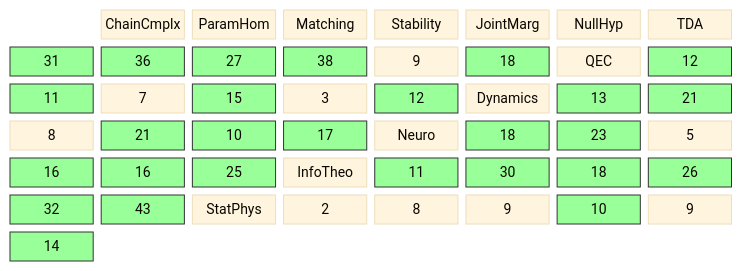
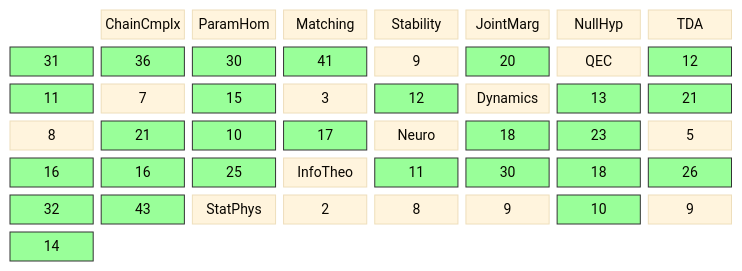
Before and after one commit to musicofhel/topoyolo: the diagram in diagrams/coverage-matrix.md, drawn with Mermaid. The commit also changed other lines of this file and 9 other files, not shown here.

````diff
--- a/diagrams/coverage-matrix.md
+++ b/diagrams/coverage-matrix.md
@@ -22,41 +22,41 @@
 ```mermaid
 %%{init: {'theme': 'base', 'themeVariables': {'fontSize': '14px'}}}%%
 block-beta
   columns 8
 
   space:1 CC["ChainCmplx"] PH["ParamHom"] MA["Matching"] ST["Stability"] JM["JointMarg"] NH["NullHyp"]
 
-  TDA["TDA"] TDA_CC["31"] TDA_PH["36"] TDA_MA["27"] TDA_ST["38"] TDA_JM["9"] TDA_NH["18"]
+  TDA["TDA"] TDA_CC["31"] TDA_PH["36"] TDA_MA["30"] TDA_ST["41"] TDA_JM["9"] TDA_NH["20"]
   QEC["QEC"] QEC_CC["12"] QEC_PH["11"] QEC_MA["7"] QEC_ST["15"] QEC_JM["3"] QEC_NH["12"]
   DYN["Dynamics"] DYN_CC["13"] DYN_PH["21"] DYN_MA["8"] DYN_ST["21"] DYN_JM["10"] DYN_NH["17"]
   NEU["Neuro"] NEU_CC["18"] NEU_PH["23"] NEU_MA["5"] NEU_ST["16"] NEU_JM["16"] NEU_NH["25"]
   IT["InfoTheo"] IT_CC["11"] IT_PH["30"] IT_MA["18"] IT_ST["26"] IT_JM["32"] IT_NH["43"]
   SP["StatPhys"] SP_CC["2"] SP_PH["8"] SP_MA["9"] SP_ST["10"] SP_JM["9"] SP_NH["14"]
   style TDA_CC fill:#9f9,stroke:#333
   style TDA_PH fill:#9f9,stroke:#333
   style TDA_MA fill:#9f9,stroke:#333
   style TDA_ST fill:#9f9,stroke:#333
   style TDA_NH fill:#9f9,stroke:#333
   style QEC_CC fill:#9f9,stroke:#333
   style QEC_PH fill:#9f9,stroke:#333
   style QEC_ST fill:#9f9,stroke:#333
   style QEC_NH fill:#9f9,stroke:#333
   style DYN_CC fill:#9f9,stroke:#333
   style DYN_PH fill:#9f9,stroke:#333
   style DYN_ST fill:#9f9,stroke:#333
   style DYN_JM fill:#9f9,stroke:#333
   style DYN_NH fill:#9f9,stroke:#333
   style NEU_CC fill:#9f9,stroke:#333
   style NEU_PH fill:#9f9,stroke:#333
   style NEU_ST fill:#9f9,stroke:#333
   style NEU_JM fill:#9f9,stroke:#333
   style NEU_NH fill:#9f9,stroke:#333
   style IT_CC fill:#9f9,stroke:#333
   style IT_PH fill:#9f9,stroke:#333
   style IT_MA fill:#9f9,stroke:#333
   style IT_ST fill:#9f9,stroke:#333
   style IT_JM fill:#9f9,stroke:#333
   style IT_NH fill:#9f9,stroke:#333
   style SP_ST fill:#9f9,stroke:#333
   style SP_NH fill:#9f9,stroke:#333
 ```
````
